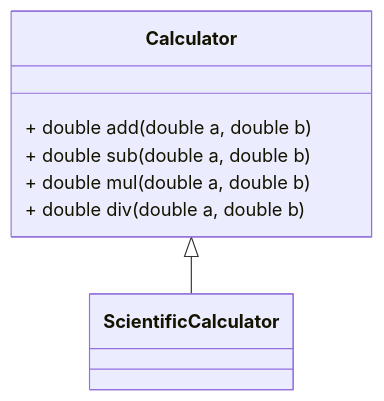
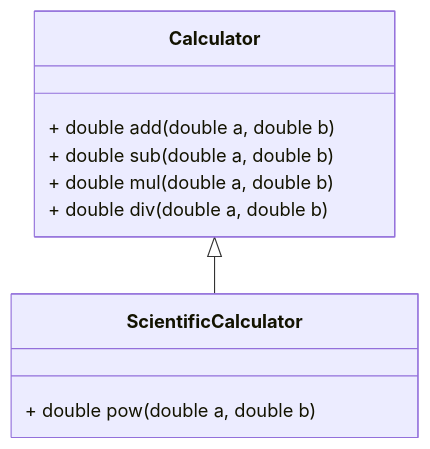
One commit to fresh-milkshake/cpp-learn changed the first of 6 diagrams in markdown/UML.md. Above: the diagram before and after it, drawn with Mermaid. The commit also changed other lines of this file, not shown here.

````diff
--- a/markdown/UML.md
+++ b/markdown/UML.md
@@ -52,10 +69,13 @@
 ```mermaid
 classDiagram
     Calculator <|-- ScientificCalculator
     class Calculator{
         + double add(double a, double b)
         + double sub(double a, double b)
         + double mul(double a, double b)
         + double div(double a, double b)
     }
+    class ScientificCalculator{
+        + double pow(double a, double b)
+    }
 ```
````
